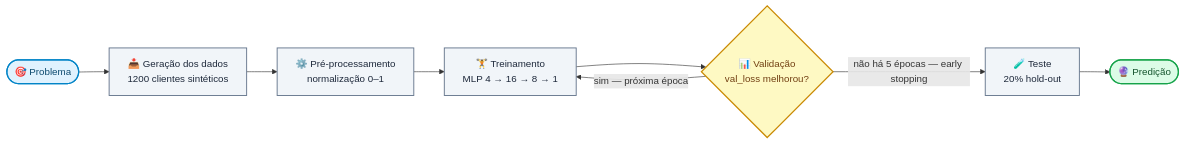
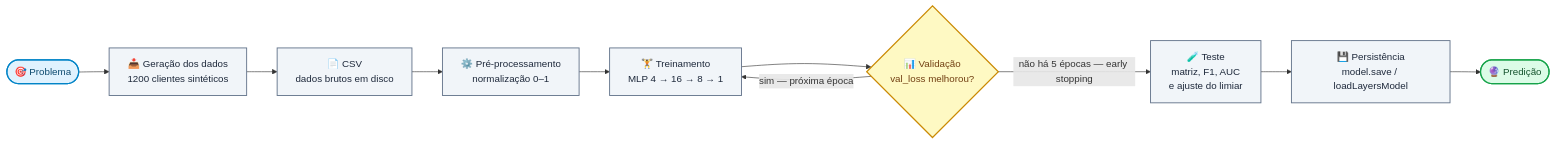
One commit to Felps03/tfjs-credit-risk-classifier changed the first of 4 diagrams in README.md. Above: the diagram before and after it, drawn with Mermaid. The commit also changed other lines of this file and 5 other files, not shown here.

````diff
--- a/README.md
+++ b/README.md
@@ -7,21 +7,23 @@
 ```mermaid
 flowchart LR
     A(["🎯 Problema"]) --> B["📥 Geração dos dados<br/>1200 clientes sintéticos"]
-    B --> C["⚙️ Pré-processamento<br/>normalização 0–1"]
+    B --> B2["📄 CSV<br/>dados brutos em disco"]
+    B2 --> C["⚙️ Pré-processamento<br/>normalização 0–1"]
     C --> D["🏋️ Treinamento<br/>MLP 4 → 16 → 8 → 1"]
     D --> E{"📊 Validação<br/>val_loss melhorou?"}
     E -->|"sim — próxima época"| D
-    E -->|"não há 5 épocas — early stopping"| F["🧪 Teste<br/>20% hold-out"]
-    F --> G(["🔮 Predição"])
+    E -->|"não há 5 épocas — early stopping"| F["🧪 Teste<br/>matriz, F1, AUC<br/>e ajuste do limiar"]
+    F --> G["💾 Persistência<br/>model.save / loadLayersModel"]
+    G --> H(["🔮 Predição"])
 
     classDef start fill:#e0f2fe,stroke:#0284c7,stroke-width:2px,color:#0c4a6e
     classDef step  fill:#f1f5f9,stroke:#64748b,stroke-width:1.5px,color:#1e293b
     classDef check fill:#fef9c3,stroke:#ca8a04,stroke-width:2px,color:#713f12
     classDef final fill:#dcfce7,stroke:#16a34a,stroke-width:2px,color:#14532d
 
     class A start
-    class B,C,D step
+    class B,B2,C,D step
     class E check
-    class F step
-    class G final
+    class F,G step
+    class H final
 ```
````
